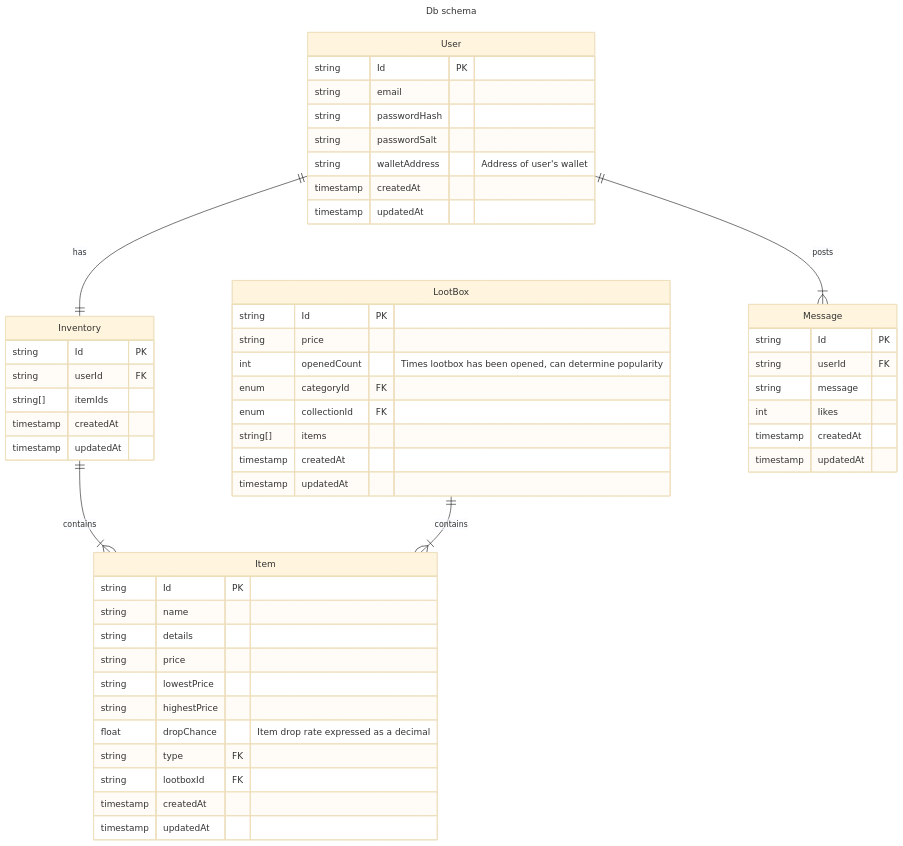
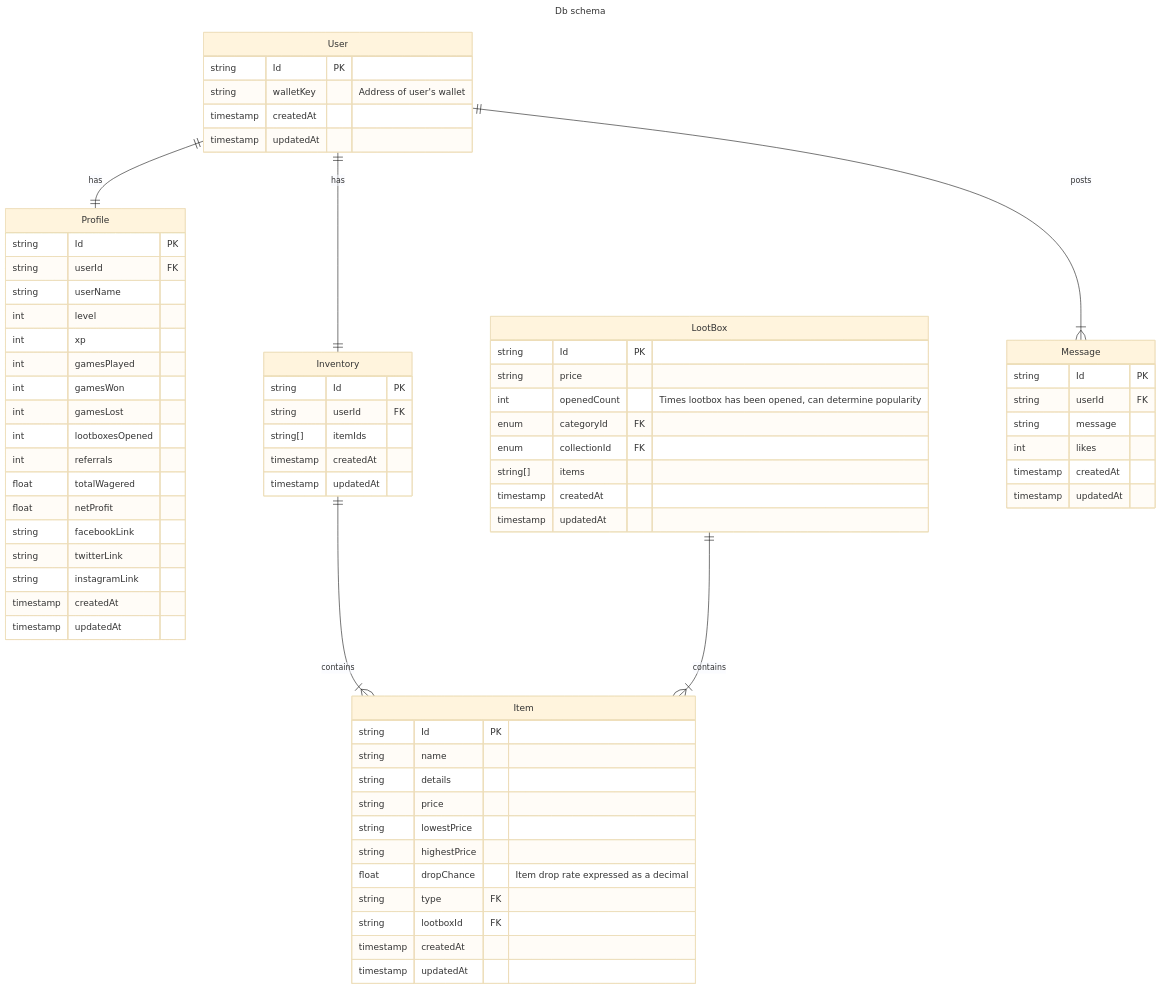
One commit to PCRinus/looties-backend changed the diagram in prisma/dbSchema.md. Above: the diagram before and after it, drawn with Mermaid (base theme). The commit also changed 4 other files, not shown here.

First line of the commit message:
feat: add profile table, refactor user table and change seed script

```diff
--- a/prisma/dbSchema.md
+++ b/prisma/dbSchema.md
@@ -6,13 +6,32 @@
 erDiagram
   User {
     string Id PK
-    string email
-    string passwordHash
-    string passwordSalt
-    string walletAddress "Address of user's wallet"
+    string walletKey "Address of user's wallet"
     timestamp createdAt
     timestamp updatedAt
   }
+
+  Profile {
+    string Id PK
+    string userId FK
+    string userName
+    int level
+    int xp
+    int gamesPlayed
+    int gamesWon
+    int gamesLost
+    int lootboxesOpened
+    int referrals
+    float totalWagered
+    float netProfit
+    string facebookLink
+    string twitterLink
+    string instagramLink
+    timestamp createdAt
+    timestamp updatedAt
+  }
+
+  User one to one Profile : has
 
   Inventory {
     string Id PK
```
